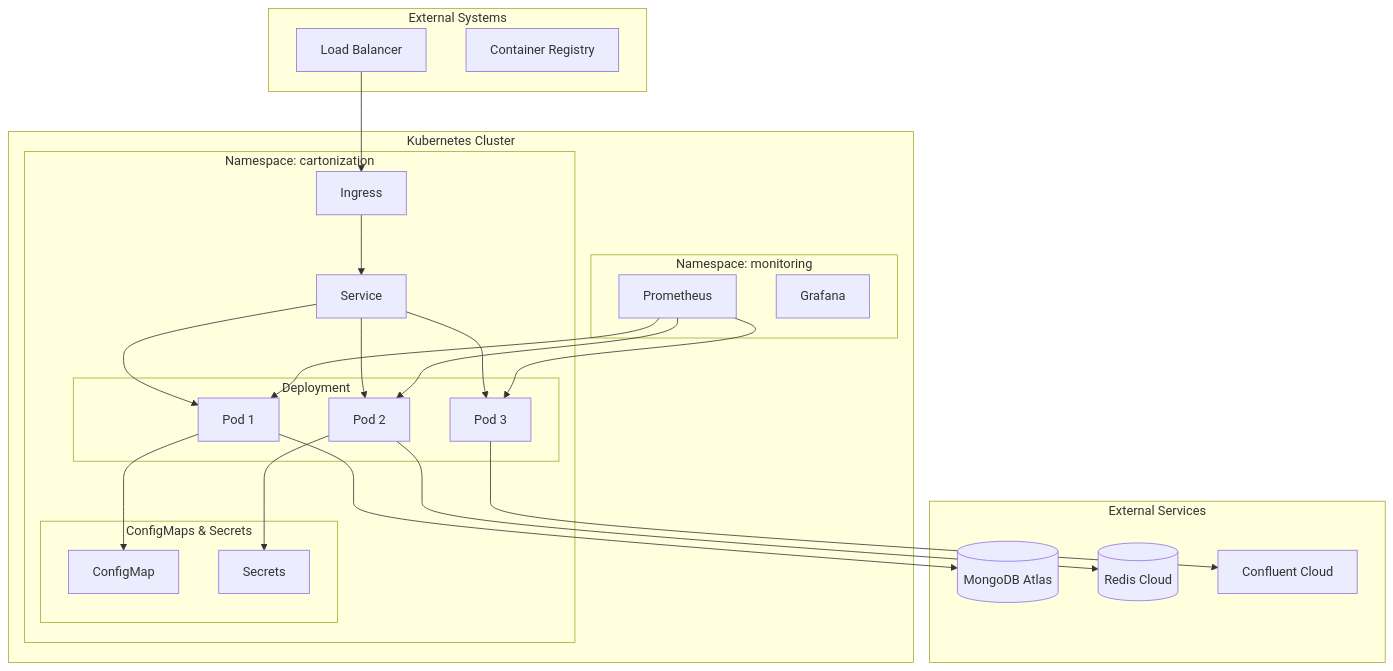
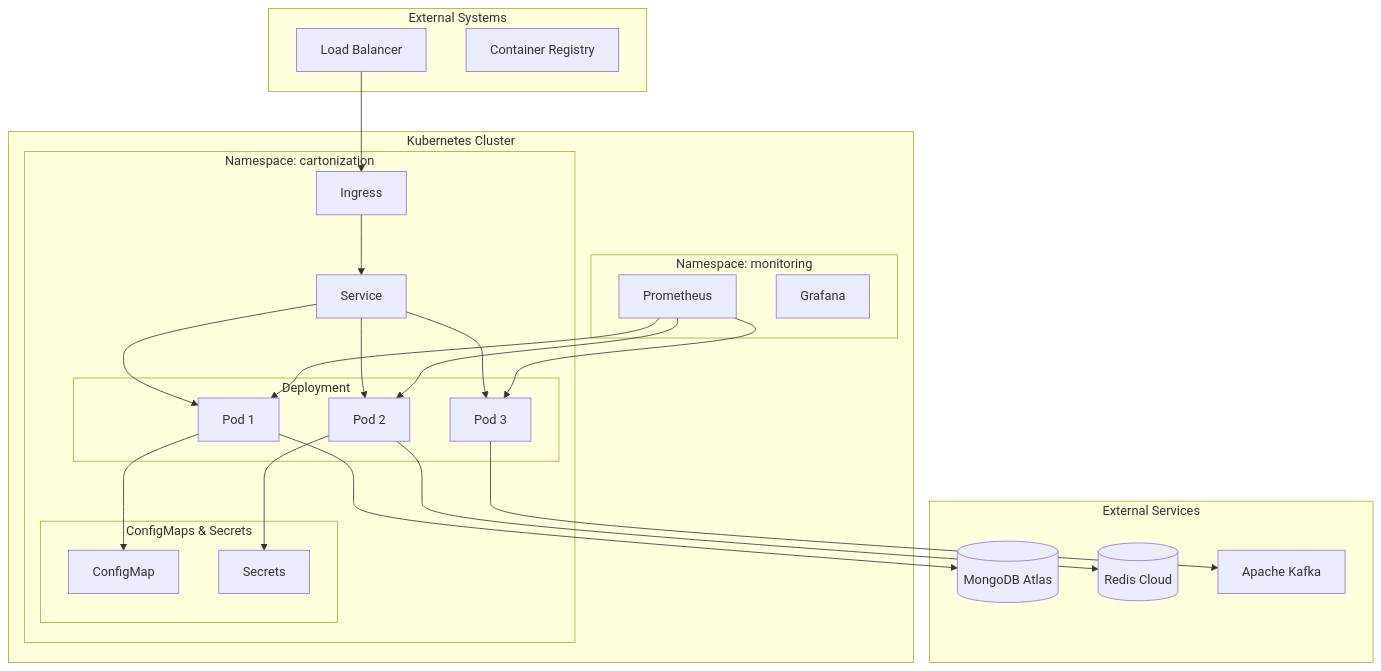
One commit to paklog/cartonization changed the eighth of 14 diagrams in docs/architecture-diagrams.md. Above: the diagram before and after it, drawn with Mermaid. The commit also changed 7 other files, not shown here.

First line of the commit message:
refactor: remove schema registry dependencies and switch to JSON serialization

````diff
--- a/docs/architecture-diagrams.md
+++ b/docs/architecture-diagrams.md
@@ -350,53 +350,53 @@
 ```mermaid
 graph TB
     subgraph Kubernetes Cluster
         subgraph Namespace: cartonization
             subgraph Deployment
                 POD1[Pod 1]
                 POD2[Pod 2]
                 POD3[Pod 3]
             end
             
             SVC[Service]
             ING[Ingress]
             
             subgraph ConfigMaps & Secrets
                 CM[ConfigMap]
                 SEC[Secrets]
             end
         end
         
         subgraph Namespace: monitoring
             PROM[Prometheus]
             GRAF[Grafana]
         end
     end
     
     subgraph External Services
         MONGO[(MongoDB Atlas)]
         REDIS[(Redis Cloud)]
-        KAFKA[Confluent Cloud]
+        KAFKA[Apache Kafka]
     end
     
     subgraph External Systems
         LB[Load Balancer]
         REGISTRY[Container Registry]
     end
     
     LB --> ING
     ING --> SVC
     SVC --> POD1
     SVC --> POD2
     SVC --> POD3
     
     POD1 --> MONGO
     POD2 --> REDIS
     POD3 --> KAFKA
     
     POD1 --> CM
     POD2 --> SEC
     
     PROM --> POD1
     PROM --> POD2
     PROM --> POD3
 ```
````
